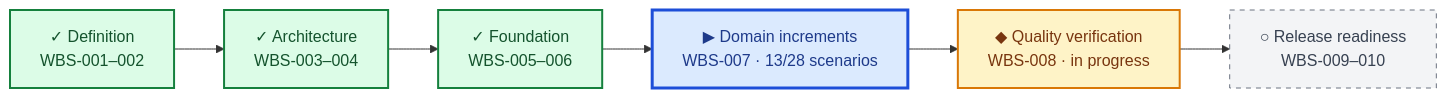
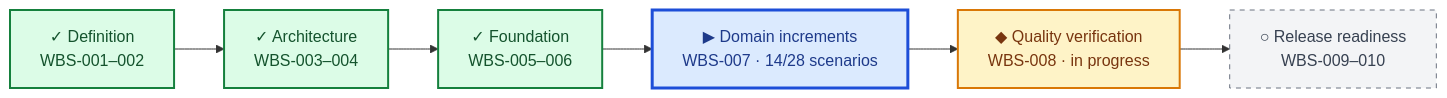
One commit to stoarch/testA2 changed the diagram in DASHBOARD/PROGRESS.md. Above: the diagram before and after it, drawn with Mermaid. The commit also changed other lines of this file and 18 other files, not shown here.

````diff
--- a/DASHBOARD/PROGRESS.md
+++ b/DASHBOARD/PROGRESS.md
@@ -7,17 +7,17 @@
 ```mermaid
 flowchart LR
     M1["✓ Definition<br/>WBS-001–002"] --> M2["✓ Architecture<br/>WBS-003–004"]
     M2 --> M3["✓ Foundation<br/>WBS-005–006"]
-    M3 --> M4["▶ Domain increments<br/>WBS-007 · 13/28 scenarios"]
+    M3 --> M4["▶ Domain increments<br/>WBS-007 · 14/28 scenarios"]
     M4 --> M5["◆ Quality verification<br/>WBS-008 · in progress"]
     M5 --> M6["○ Release readiness<br/>WBS-009–010"]
 
     classDef done fill:#dcfce7,stroke:#15803d,color:#14532d,stroke-width:2px;
     classDef active fill:#dbeafe,stroke:#1d4ed8,color:#1e3a8a,stroke-width:3px;
     classDef parallel fill:#fef3c7,stroke:#d97706,color:#78350f,stroke-width:2px;
     classDef planned fill:#f3f4f6,stroke:#6b7280,color:#374151,stroke-dasharray:5 5;
     class M1,M2,M3 done;
     class M4 active;
     class M5 parallel;
     class M6 planned;
 ```
````
